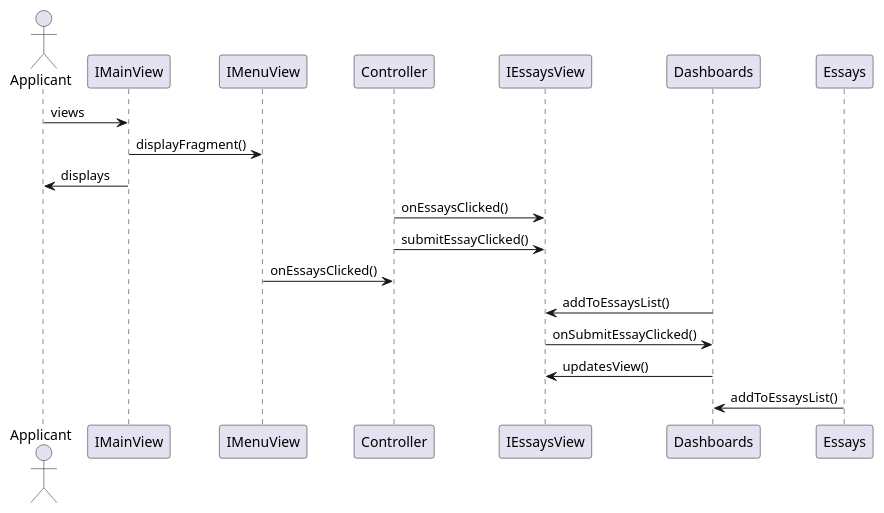
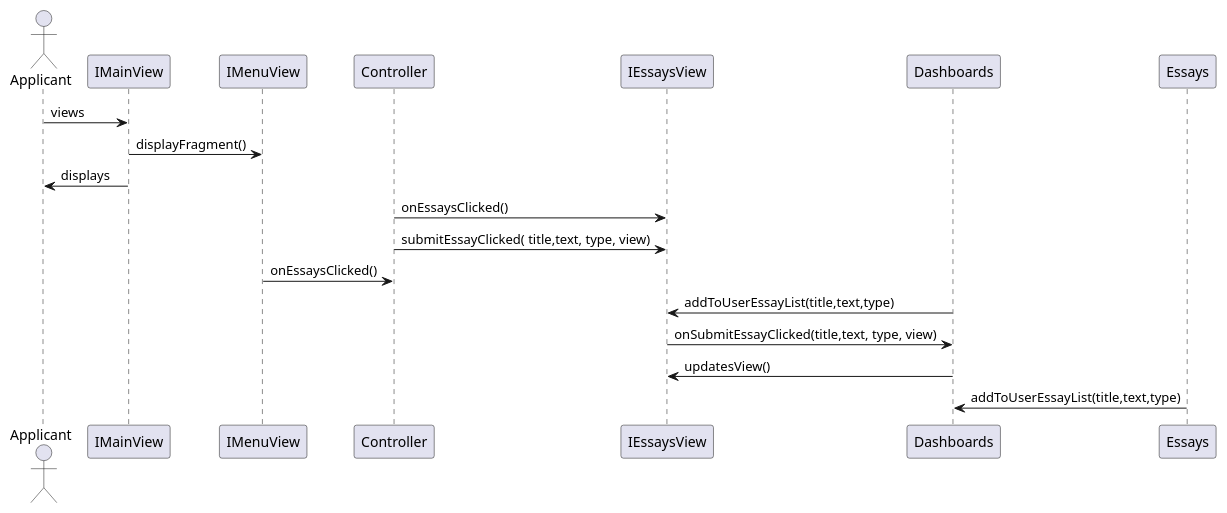
Before and after one commit to jlederer33/Essay-Review-App: the first of 5 diagrams in intellij/doc/design.md, drawn with PlantUML. The commit also changed other lines of this file, not shown here.

Commit message:
addition to the diagrams.

````diff
--- a/intellij/doc/design.md
+++ b/intellij/doc/design.md
@@ -4,13 +4,13 @@
 ```plantuml
 actor Applicant as applicant
 applicant-> IMainView : views
 IMainView -> IMenuView : displayFragment()
 applicant <- IMainView : displays
 Controller -> IEssaysView : onEssaysClicked()
-Controller -> IEssaysView : submitEssayClicked()
+Controller -> IEssaysView : submitEssayClicked( title,text, type, view)
 Controller <- IMenuView : onEssaysClicked()
-IEssaysView <- Dashboards : addToEssaysList()
-IEssaysView -> Dashboards : onSubmitEssayClicked()
+IEssaysView <- Dashboards : addToUserEssayList(title,text,type)
+IEssaysView -> Dashboards : onSubmitEssayClicked(title,text, type, view)
 Dashboards -> IEssaysView : updatesView()
-Dashboards <- Essays : addToEssaysList()
+Dashboards <- Essays : addToUserEssayList(title,text,type)
 ```
````
